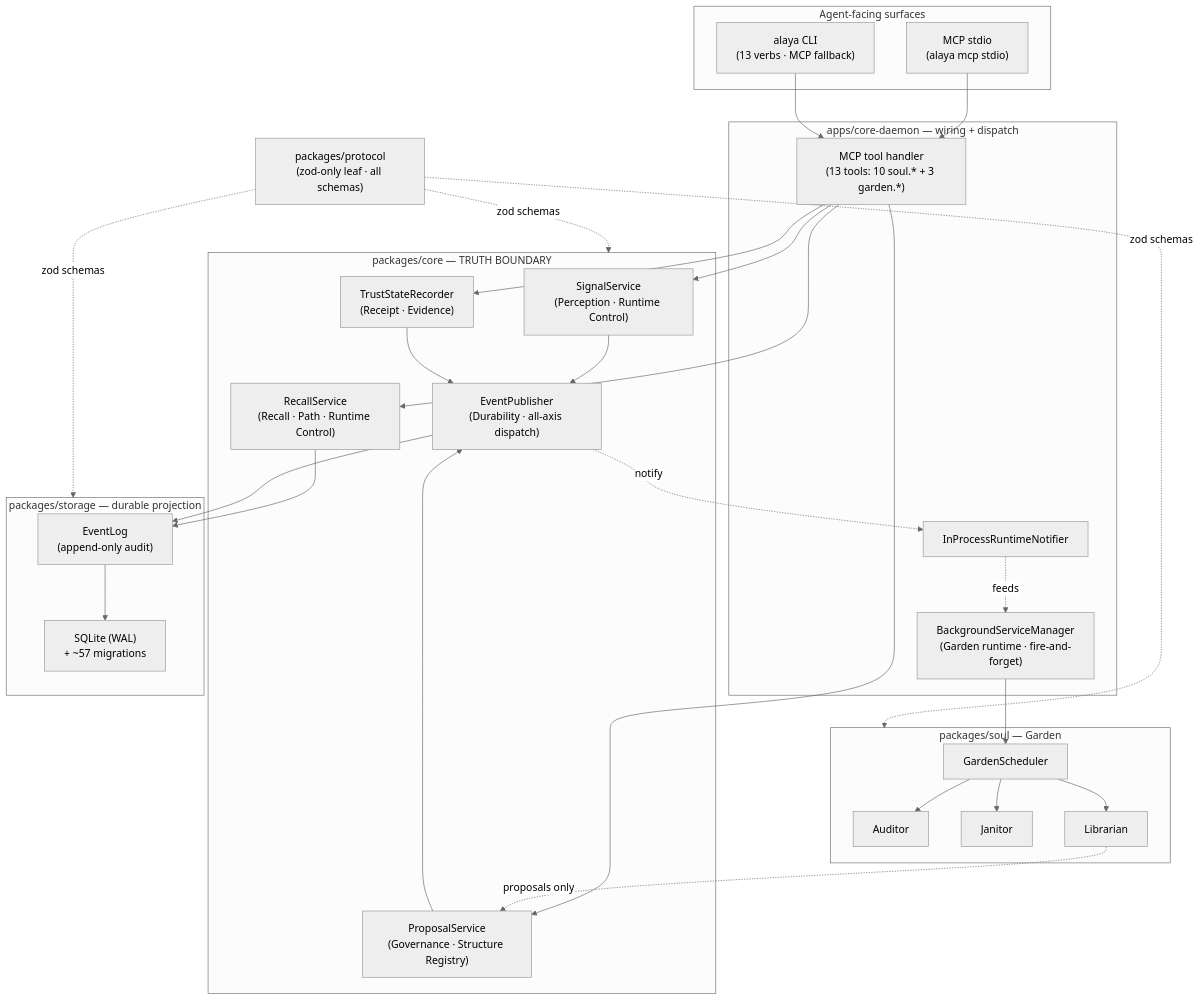
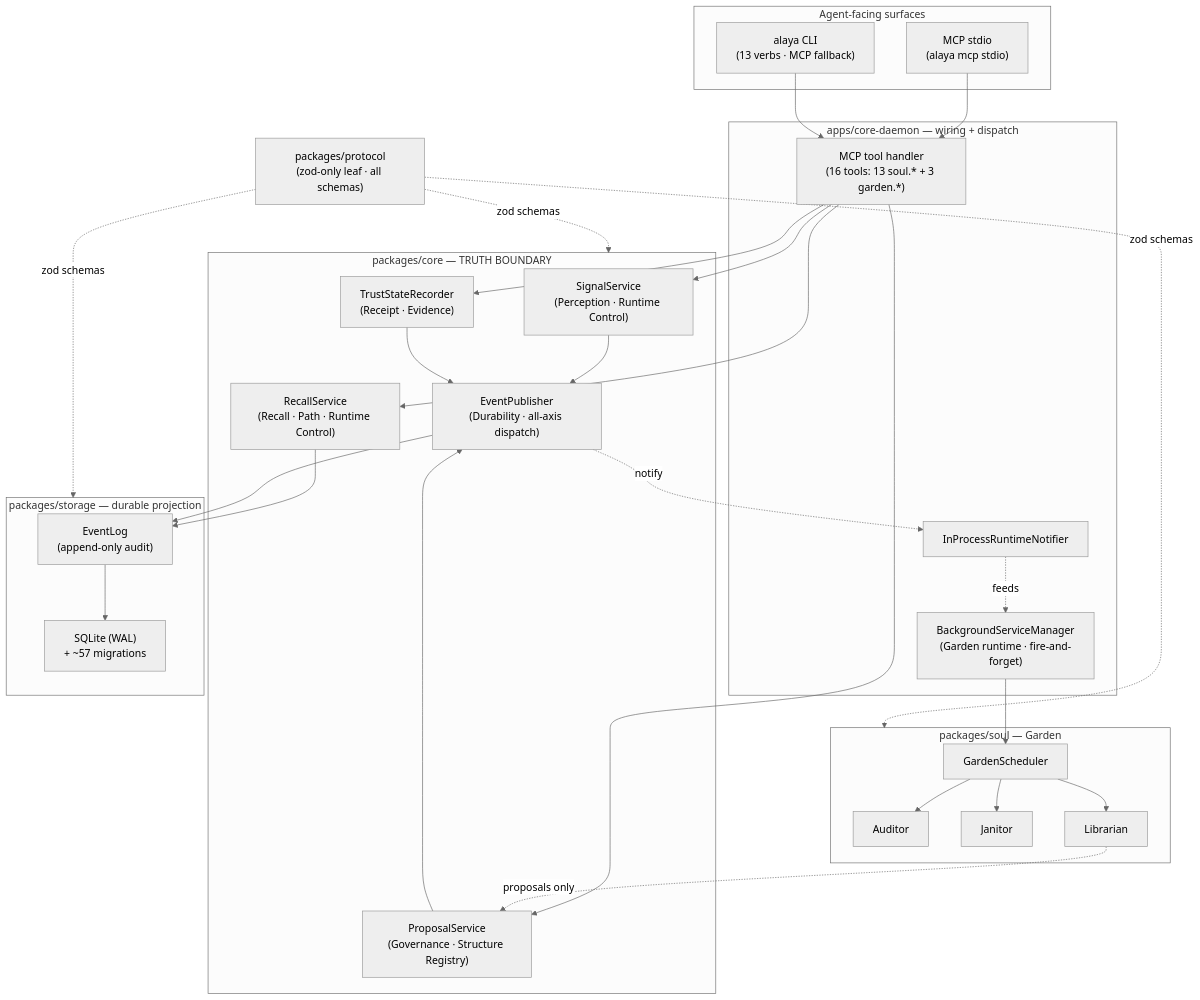
Before and after one commit to tdwhere123/Do-SOUL-Alaya: the second of 2 diagrams in README.md, drawn with Mermaid (neutral theme). The commit also changed other lines of this file and 109 other files, not shown here.

````diff
--- a/README.md
+++ b/README.md
@@ -409,57 +416,57 @@
 ```mermaid
 graph TD
     subgraph Surfaces["Agent-facing surfaces"]
         MCPS["MCP stdio<br/>(alaya mcp stdio)"]
         CLIS["alaya CLI<br/>(13 verbs · MCP fallback)"]
     end
 
     subgraph Daemon["apps/core-daemon — wiring + dispatch"]
-        TH["MCP tool handler<br/>(13 tools: 10 soul.* + 3 garden.*)"]
+        TH["MCP tool handler<br/>(16 tools: 13 soul.* + 3 garden.*)"]
         BG["BackgroundServiceManager<br/>(Garden runtime · fire-and-forget)"]
         NOTI["InProcessRuntimeNotifier"]
     end
 
     subgraph Core["packages/core — TRUTH BOUNDARY"]
         SS["SignalService<br/>(Perception · Runtime Control)"]
         PROP["ProposalService<br/>(Governance · Structure Registry)"]
         EP["EventPublisher<br/>(Durability · all-axis dispatch)"]
         REC["RecallService<br/>(Recall · Path · Runtime Control)"]
         TR["TrustStateRecorder<br/>(Receipt · Evidence)"]
     end
 
     subgraph Soul["packages/soul — Garden"]
         AUD["Auditor"]
         JAN["Janitor"]
         LIB["Librarian"]
         SCH["GardenScheduler"]
     end
 
     subgraph StorageBox["packages/storage — durable projection"]
         EL["EventLog<br/>(append-only audit)"]
         DB["SQLite (WAL)<br/>+ ~57 migrations"]
     end
 
     PROTO["packages/protocol<br/>(zod-only leaf · all schemas)"]
 
     MCPS --> TH
     CLIS --> TH
     TH --> SS
     TH --> PROP
     TH --> REC
     TH --> TR
     SS --> EP
     PROP --> EP
     REC --> EL
     TR --> EP
     EP --> EL
     EL --> DB
     EP -.notify.-> NOTI
     NOTI -.feeds.-> BG
     BG --> SCH
     SCH --> AUD & JAN & LIB
     LIB -.proposals only.-> PROP
 
     PROTO -. zod schemas .-> Core
     PROTO -. zod schemas .-> Soul
     PROTO -. zod schemas .-> StorageBox
 ```
````
